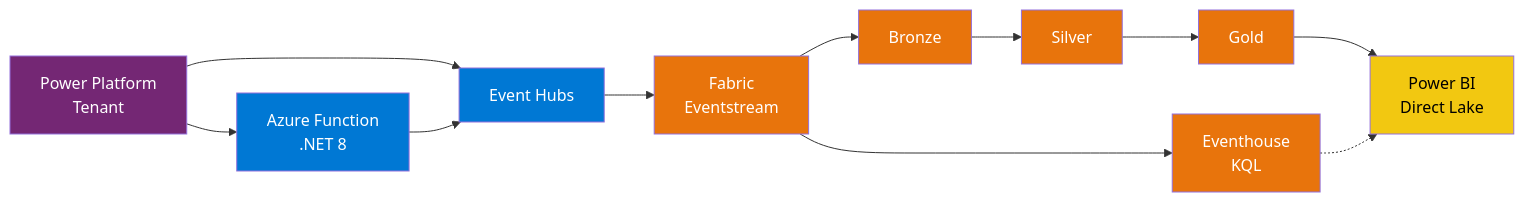
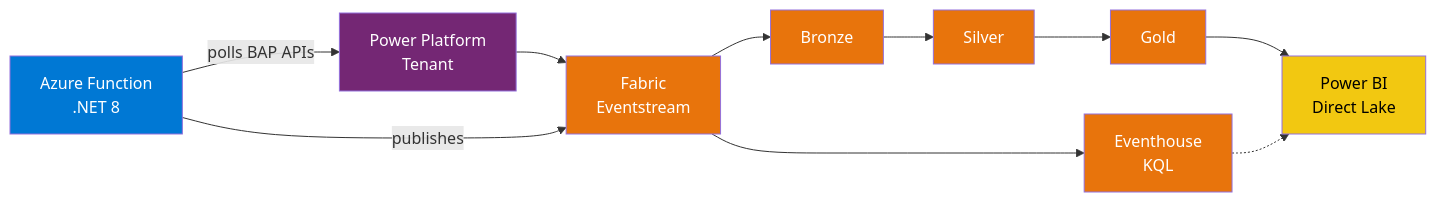
One commit to vaddify/powerplatform-telemetry-fabric-lab changed the first of 2 diagrams in README.md. Above: the diagram before and after it, drawn with Mermaid. The commit also changed other lines of this file, not shown here.

First line of the commit message:
Fix data flow diagrams to match actual implementation

````diff
--- a/README.md
+++ b/README.md
@@ -3,23 +3,21 @@
 ```mermaid
 flowchart LR
-    PP["Power Platform\nTenant"] --> EH["Event Hubs"]
-    PP --> FN["Azure Function\n.NET 8"]
-    FN --> EH
-    EH --> ES["Fabric\nEventstream"]
+    PP["Power Platform\nTenant"] --> ES
+    FN["Azure Function\n.NET 8"] -- polls BAP APIs --> PP
+    FN -- publishes --> ES["Fabric\nEventstream"]
     ES --> BZ["Bronze"]
     ES --> KQL["Eventhouse\nKQL"]
     BZ --> SV["Silver"]
     SV --> GD["Gold"]
     GD --> PBI["Power BI\nDirect Lake"]
     KQL -.-> PBI
 
     style PP fill:#742774,color:#fff
-    style EH fill:#0078D4,color:#fff
     style FN fill:#0078D4,color:#fff
     style ES fill:#E8740C,color:#fff
     style BZ fill:#E8740C,color:#fff
     style SV fill:#E8740C,color:#fff
     style GD fill:#E8740C,color:#fff
     style KQL fill:#E8740C,color:#fff
     style PBI fill:#F2C811,color:#000
 ```
````
